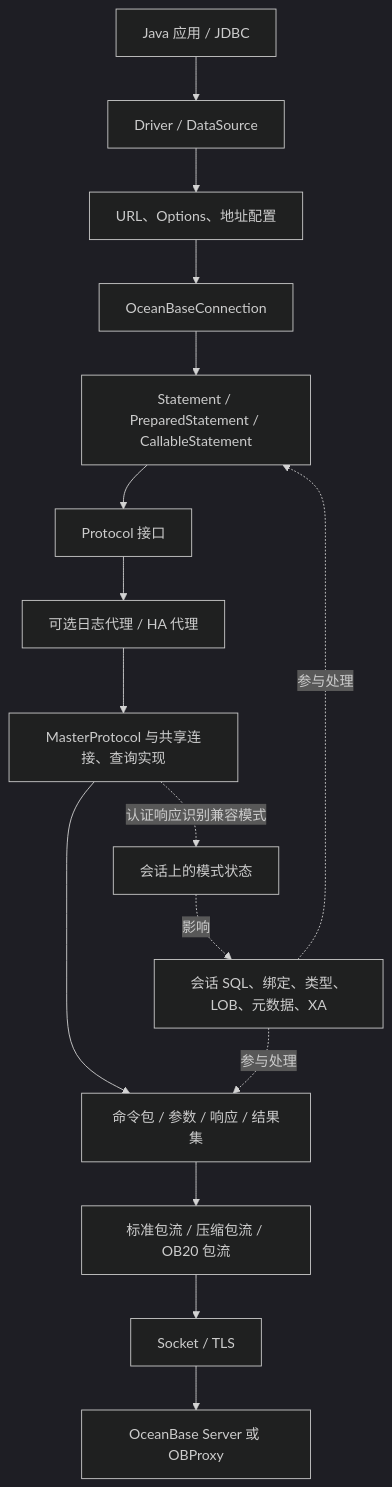
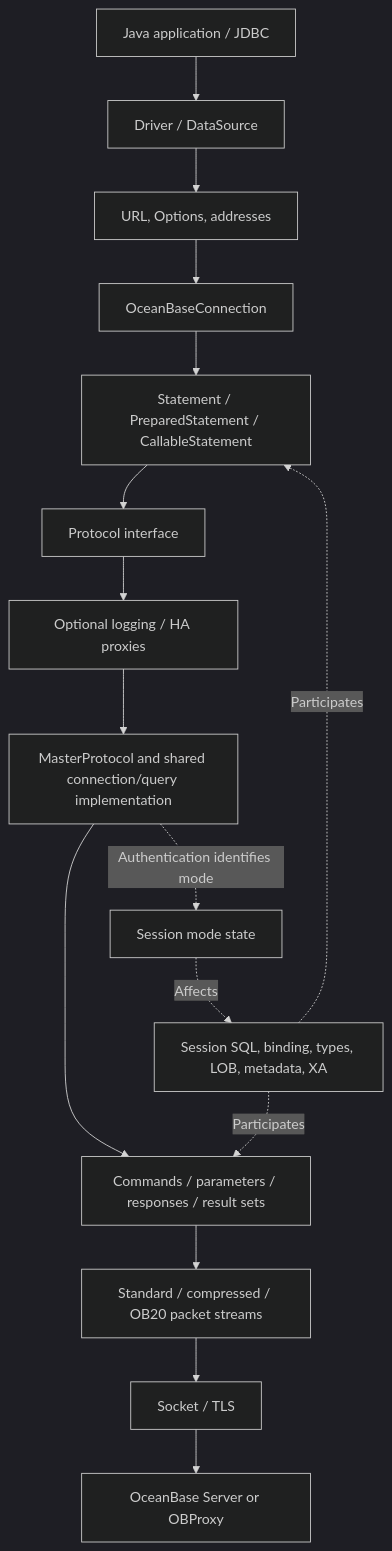
The diagram in docs/obconnector-j-architecture-outline.md (cocosip/obconnector-dotnet), drawn with Mermaid (dark theme) before and after one commit. The commit also changed other lines of this file and 5 other files, not shown here.

````diff
--- a/docs/obconnector-j-architecture-outline.md
+++ b/docs/obconnector-j-architecture-outline.md
@@ -33,18 +33,18 @@
 ```mermaid
 flowchart TD
-    A[Java 应用 / JDBC] --> B[Driver / DataSource]
-    B --> C[URL、Options、地址配置]
+    A[Java application / JDBC] --> B[Driver / DataSource]
+    B --> C[URL, Options, addresses]
     C --> D[OceanBaseConnection]
     D --> E[Statement / PreparedStatement / CallableStatement]
-    E --> F[Protocol 接口]
-    F --> G[可选日志代理 / HA 代理]
-    G --> H[MasterProtocol 与共享连接、查询实现]
-    H --> I[命令包 / 参数 / 响应 / 结果集]
-    I --> J[标准包流 / 压缩包流 / OB20 包流]
+    E --> F[Protocol interface]
+    F --> G[Optional logging / HA proxies]
+    G --> H[MasterProtocol and shared connection/query implementation]
+    H --> I[Commands / parameters / responses / result sets]
+    I --> J[Standard / compressed / OB20 packet streams]
     J --> K[Socket / TLS]
-    K --> L[OceanBase Server 或 OBProxy]
-    H -. 认证响应识别兼容模式 .-> M[会话上的模式状态]
-    M -. 影响 .-> N[会话 SQL、绑定、类型、LOB、元数据、XA]
-    N -. 参与处理 .-> E
-    N -. 参与处理 .-> I
+    K --> L[OceanBase Server or OBProxy]
+    H -. Authentication identifies mode .-> M[Session mode state]
+    M -. Affects .-> N[Session SQL, binding, types, LOB, metadata, XA]
+    N -. Participates .-> E
+    N -. Participates .-> I
 ```
````
